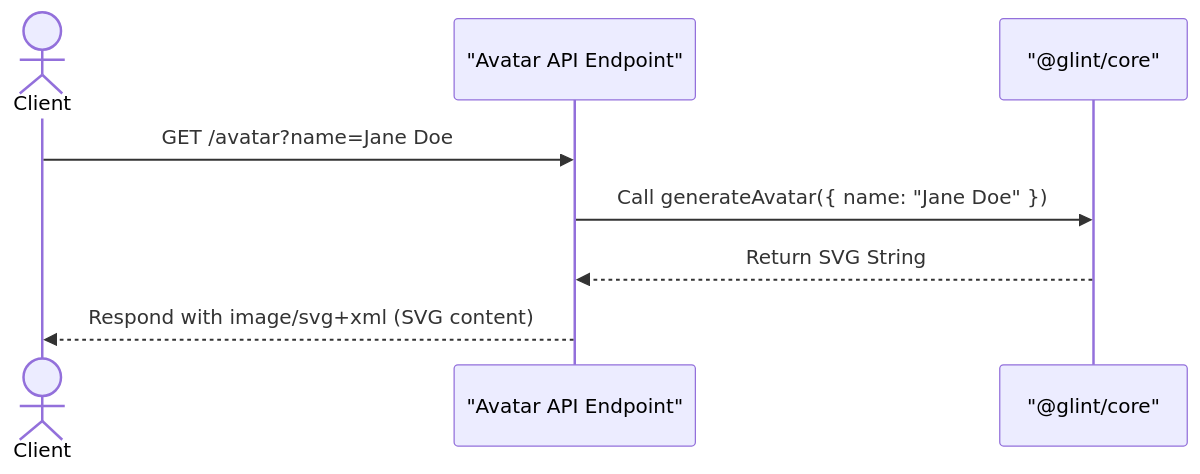
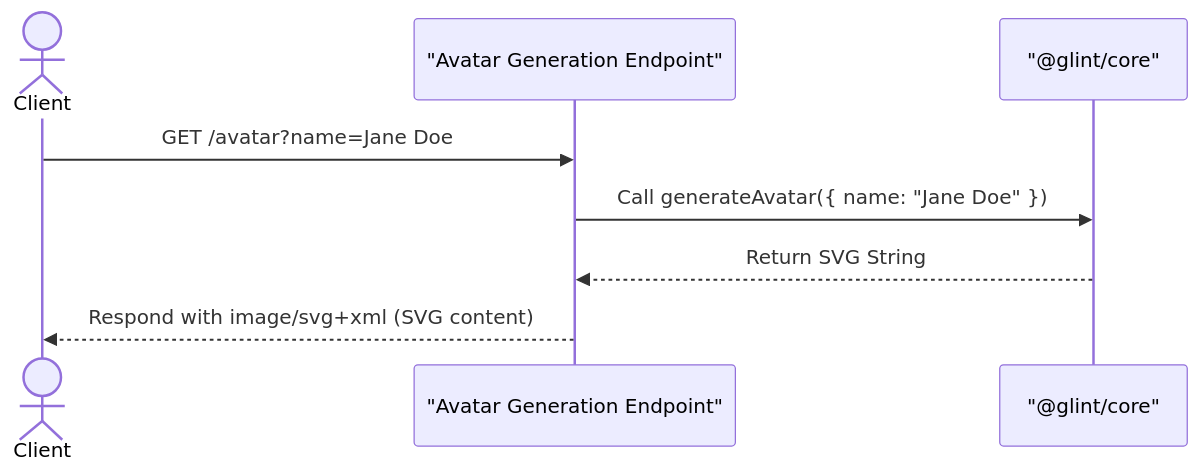
One commit to Charmingdc/glint changed the first of 2 diagrams in .dokugen-backup.md. Above: the diagram before and after it, drawn with Mermaid. The commit also changed other lines of this file and 41 other files, not shown here.

Commit message:
feat(web,core): introduce avatar configurator and refactor core generation API

````diff
--- a/.dokugen-backup.md
+++ b/.dokugen-backup.md
@@ -62,11 +62,11 @@
 ```mermaid
 sequenceDiagram
   actor Client
-  participant API as "Avatar API Endpoint"
+  participant API as "Avatar Generation Endpoint"
   participant Core as "@glint/core"
 
   Client->>API: GET /avatar?name=Jane Doe
   API->>Core: Call generateAvatar({ name: "Jane Doe" })
   Core-->>API: Return SVG String
   API-->>Client: Respond with image/svg+xml (SVG content)
 ```
````
